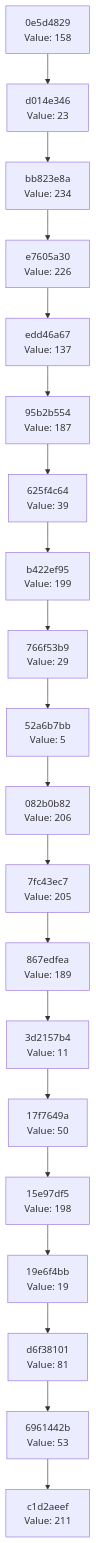
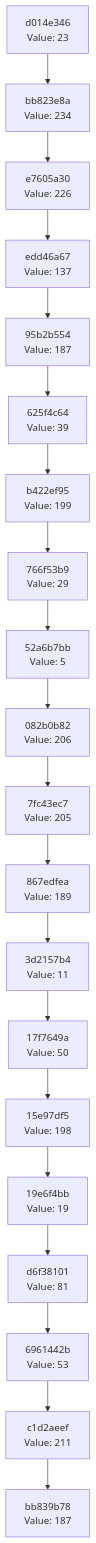
Before and after one commit to Abhisheksinha1506/hash-chain-evolver: the diagram in docs/CHAIN_VISUALIZATION.md, drawn with Mermaid. The commit also changed 2 other files, not shown here.

Commit message:
Evolution step: hash 0xBB → action executed

````diff
--- a/docs/CHAIN_VISUALIZATION.md
+++ b/docs/CHAIN_VISUALIZATION.md
@@ -3,42 +3,42 @@
 ```mermaid
 graph TD
-    C0["c1d2aeef<br/>Value: 211"]
-    C1["6961442b<br/>Value: 53"]
+    C0["bb839b78<br/>Value: 187"]
+    C1["c1d2aeef<br/>Value: 211"]
     C1 --> C0
-    C2["d6f38101<br/>Value: 81"]
+    C2["6961442b<br/>Value: 53"]
     C2 --> C1
-    C3["19e6f4bb<br/>Value: 19"]
+    C3["d6f38101<br/>Value: 81"]
     C3 --> C2
-    C4["15e97df5<br/>Value: 198"]
+    C4["19e6f4bb<br/>Value: 19"]
     C4 --> C3
-    C5["17f7649a<br/>Value: 50"]
+    C5["15e97df5<br/>Value: 198"]
     C5 --> C4
-    C6["3d2157b4<br/>Value: 11"]
+    C6["17f7649a<br/>Value: 50"]
     C6 --> C5
-    C7["867edfea<br/>Value: 189"]
+    C7["3d2157b4<br/>Value: 11"]
     C7 --> C6
-    C8["7fc43ec7<br/>Value: 205"]
+    C8["867edfea<br/>Value: 189"]
     C8 --> C7
-    C9["082b0b82<br/>Value: 206"]
+    C9["7fc43ec7<br/>Value: 205"]
     C9 --> C8
-    C10["52a6b7bb<br/>Value: 5"]
+    C10["082b0b82<br/>Value: 206"]
     C10 --> C9
-    C11["766f53b9<br/>Value: 29"]
+    C11["52a6b7bb<br/>Value: 5"]
     C11 --> C10
-    C12["b422ef95<br/>Value: 199"]
+    C12["766f53b9<br/>Value: 29"]
     C12 --> C11
-    C13["625f4c64<br/>Value: 39"]
+    C13["b422ef95<br/>Value: 199"]
     C13 --> C12
-    C14["95b2b554<br/>Value: 187"]
+    C14["625f4c64<br/>Value: 39"]
     C14 --> C13
-    C15["edd46a67<br/>Value: 137"]
+    C15["95b2b554<br/>Value: 187"]
     C15 --> C14
-    C16["e7605a30<br/>Value: 226"]
+    C16["edd46a67<br/>Value: 137"]
     C16 --> C15
-    C17["bb823e8a<br/>Value: 234"]
+    C17["e7605a30<br/>Value: 226"]
     C17 --> C16
-    C18["d014e346<br/>Value: 23"]
+    C18["bb823e8a<br/>Value: 234"]
     C18 --> C17
-    C19["0e5d4829<br/>Value: 158"]
+    C19["d014e346<br/>Value: 23"]
     C19 --> C18
 ```
````
